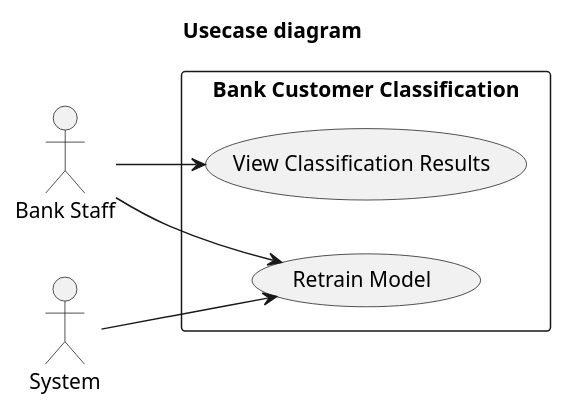
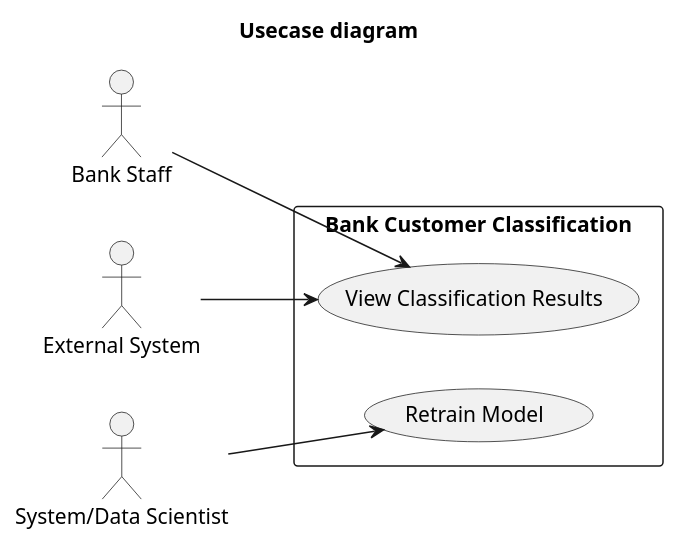
Before and after one commit to vanphuoc3012/intelligent-system: the diagram in diagrams/usecase-diagram.puml, drawn with PlantUML. The commit also changed 4 other files, not shown here.

```diff
--- a/diagrams/usecase-diagram.puml
+++ b/diagrams/usecase-diagram.puml
@@ -1,15 +1,16 @@
 @startuml usecase diagram
 title Usecase diagram
 left to right direction
 actor "Bank Staff" as staff
-actor "System" as system
+actor "System/Data Scientist" as system
+actor "External System" as external_system
 
 rectangle "Bank Customer Classification" {
   usecase "View Classification Results" as view_results
   usecase "Retrain Model" as retrain
 }
 
 staff --> view_results
-staff --> retrain
+external_system --> view_results
 system --> retrain
 @enduml
```
